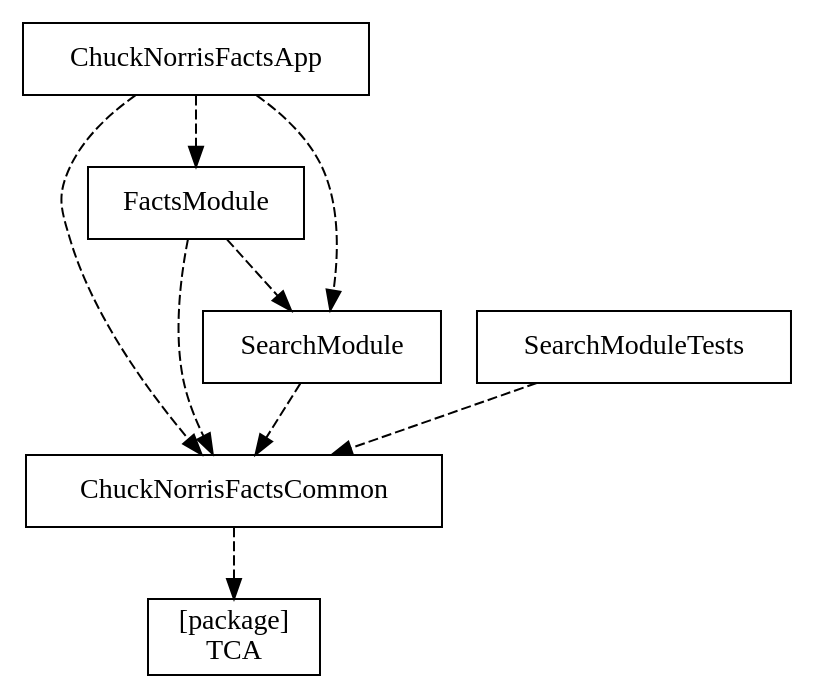
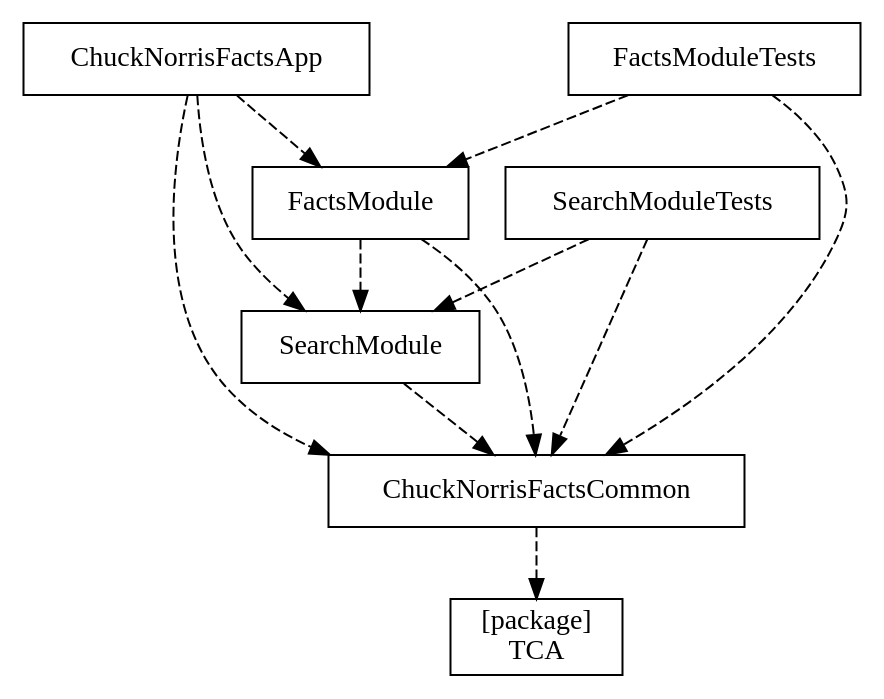
One commit to EvandroViva/ChuckNorrisProject changed the diagram in Graph.dot. Above: the diagram before and after it, drawn with Graphviz. The commit also changed 14 other files, not shown here.

```diff
--- a/Graph.dot
+++ b/Graph.dot
@@ -1,26 +1,35 @@
 digraph {
   ChuckNorrisFactsApp [shape=box]
   ChuckNorrisFactsCommon [label=ChuckNorrisFactsCommon shape=box]
   ChuckNorrisFactsApp [shape=box]
   FactsModule [label=FactsModule shape=box]
   ChuckNorrisFactsApp [shape=box]
   SearchModule [label=SearchModule shape=box]
   ChuckNorrisFactsCommon [shape=box]
   TCA [label="[package]\nTCA" shape=box]
   FactsModule [shape=box]
   SearchModule [label=SearchModule shape=box]
   FactsModule [shape=box]
   ChuckNorrisFactsCommon [label=ChuckNorrisFactsCommon shape=box]
+  FactsModuleTests [shape=box]
+  ChuckNorrisFactsCommon [label=ChuckNorrisFactsCommon shape=box]
+  FactsModuleTests [shape=box]
+  FactsModule [label=FactsModule shape=box]
   SearchModule [shape=box]
   ChuckNorrisFactsCommon [label=ChuckNorrisFactsCommon shape=box]
   SearchModuleTests [shape=box]
   ChuckNorrisFactsCommon [label=ChuckNorrisFactsCommon shape=box]
+  SearchModuleTests [shape=box]
+  SearchModule [label=SearchModule shape=box]
   ChuckNorrisFactsApp -> ChuckNorrisFactsCommon [style=dashed]
   ChuckNorrisFactsApp -> FactsModule [style=dashed]
   ChuckNorrisFactsApp -> SearchModule [style=dashed]
   ChuckNorrisFactsCommon -> TCA [style=dashed]
   FactsModule -> SearchModule [style=dashed]
   FactsModule -> ChuckNorrisFactsCommon [style=dashed]
+  FactsModuleTests -> ChuckNorrisFactsCommon [style=dashed]
+  FactsModuleTests -> FactsModule [style=dashed]
   SearchModule -> ChuckNorrisFactsCommon [style=dashed]
   SearchModuleTests -> ChuckNorrisFactsCommon [style=dashed]
+  SearchModuleTests -> SearchModule [style=dashed]
 }
```
